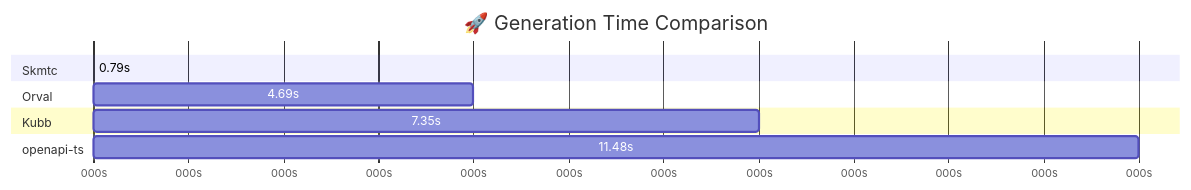
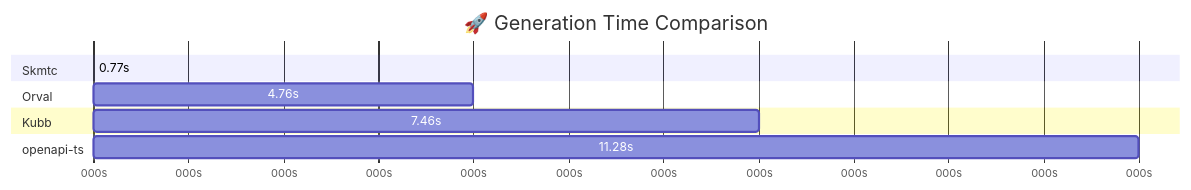
Before and after one commit to skmtc/openapi-codegen-benchmarks: the diagram in README.md, drawn with Mermaid. The commit also changed other lines of this file and 5 other files, not shown here.

````diff
--- a/README.md
+++ b/README.md
@@ -24,18 +24,18 @@
 ```mermaid
 gantt
     title 🚀 Generation Time Comparison
     dateFormat X
     axisFormat %Ls
     
     section Skmtc
-    0.79s :0, 0
+    0.77s :0, 0
     
     section Orval
-    4.69s :0, 4
+    4.76s :0, 4
     
     section Kubb
-    7.35s :0, 7
+    7.46s :0, 7
     
     section openapi-ts
-    11.48s :0, 11
+    11.28s :0, 11
 ```
````
